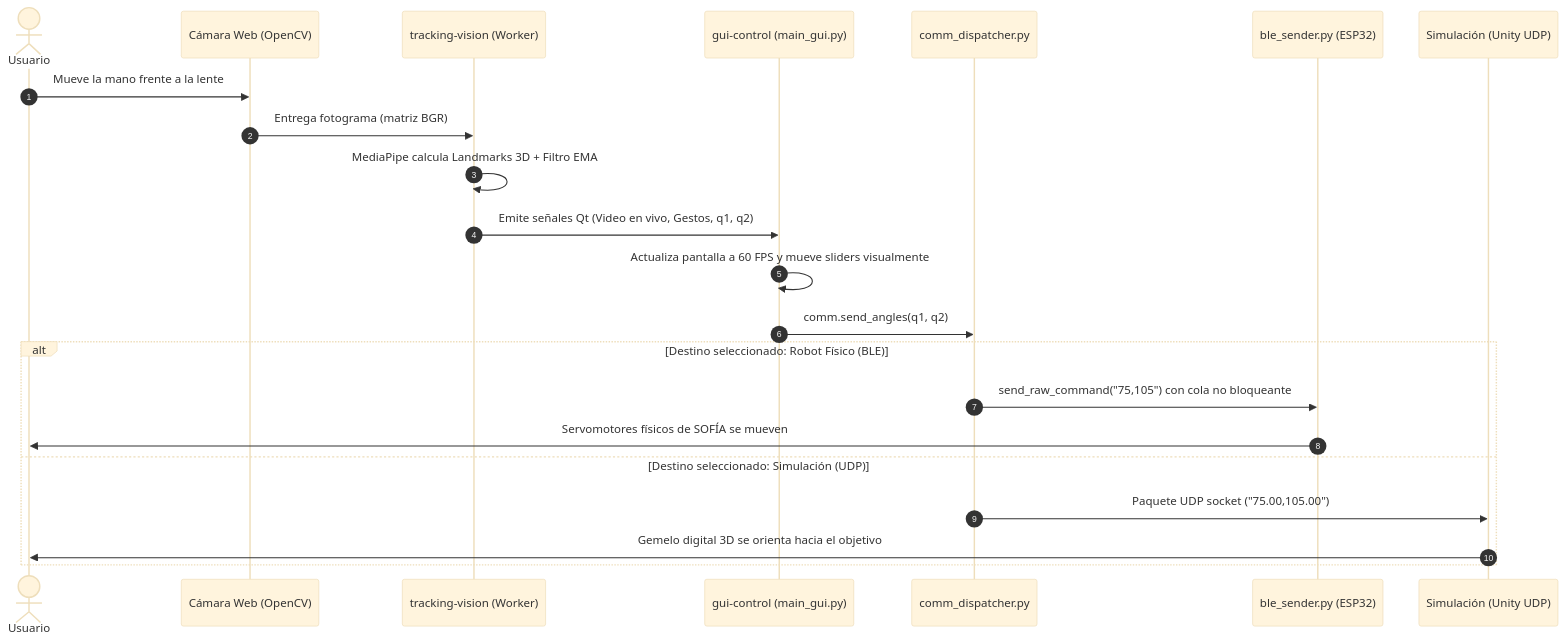
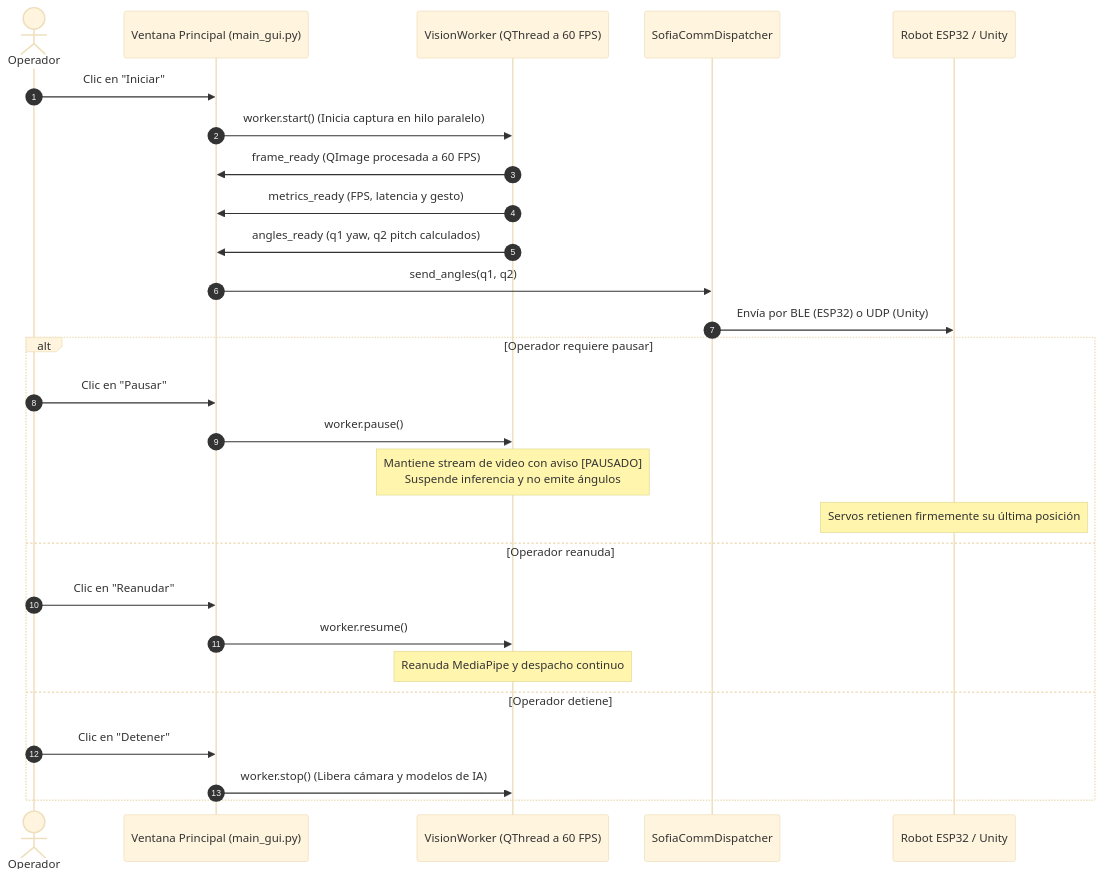
Before and after one commit to PaolaCV14/IOT-SOFIA-2026: the diagram in code/CODE.md, drawn with Mermaid (base theme). The commit also changed other lines of this file and 4 other files, not shown here.

````diff
--- a/code/CODE.md
+++ b/code/CODE.md
@@ -47,25 +157,31 @@
 ```mermaid
 sequenceDiagram
     autonumber
-    actor Usuario
-    participant Cam as Cámara Web (OpenCV)
-    participant Vision as tracking-vision (Worker)
-    participant GUI as gui-control (main_gui.py)
-    participant Comm as comm_dispatcher.py
-    participant BLE as ble_sender.py (ESP32)
-    participant Unity as Simulación (Unity UDP)
+    actor Operador
+    participant GUI as Ventana Principal (main_gui.py)
+    participant Worker as VisionWorker (QThread a 60 FPS)
+    participant Dispatcher as SofiaCommDispatcher
+    participant Hardware as Robot ESP32 / Unity
 
-    Usuario->>Cam: Mueve la mano frente a la lente
-    Cam->>Vision: Entrega fotograma (matriz BGR)
-    Vision->>Vision: MediaPipe calcula Landmarks 3D + Filtro EMA
-    Vision->>GUI: Emite señales Qt (Video en vivo, Gestos, q1, q2)
-    GUI->>GUI: Actualiza pantalla a 60 FPS y mueve sliders visualmente
-    GUI->>Comm: comm.send_angles(q1, q2)
-    alt Destino seleccionado: Robot Físico (BLE)
-        Comm->>BLE: send_raw_command("75,105") con cola no bloqueante
-        BLE->>Usuario: Servomotores físicos de SOFÍA se mueven
-    else Destino seleccionado: Simulación (UDP)
-        Comm->>Unity: Paquete UDP socket ("75.00,105.00")
-        Unity->>Usuario: Gemelo digital 3D se orienta hacia el objetivo
+    Operador->>GUI: Clic en "Iniciar"
+    GUI->>Worker: worker.start() (Inicia captura en hilo paralelo)
+    Worker->>GUI: frame_ready (QImage procesada a 60 FPS)
+    Worker->>GUI: metrics_ready (FPS, latencia y gesto)
+    Worker->>GUI: angles_ready (q1 yaw, q2 pitch calculados)
+    GUI->>Dispatcher: send_angles(q1, q2)
+    Dispatcher->>Hardware: Envía por BLE (ESP32) o UDP (Unity)
+
+    alt Operador requiere pausar
+        Operador->>GUI: Clic en "Pausar"
+        GUI->>Worker: worker.pause()
+        Note over Worker: Mantiene stream de video con aviso [PAUSADO]<br/>Suspende inferencia y no emite ángulos
+        Note over Hardware: Servos retienen firmemente su última posición
+    else Operador reanuda
+        Operador->>GUI: Clic en "Reanudar"
+        GUI->>Worker: worker.resume()
+        Note over Worker: Reanuda MediaPipe y despacho continuo
+    else Operador detiene
+        Operador->>GUI: Clic en "Detener"
+        GUI->>Worker: worker.stop() (Libera cámara y modelos de IA)
     end
 ```
````
